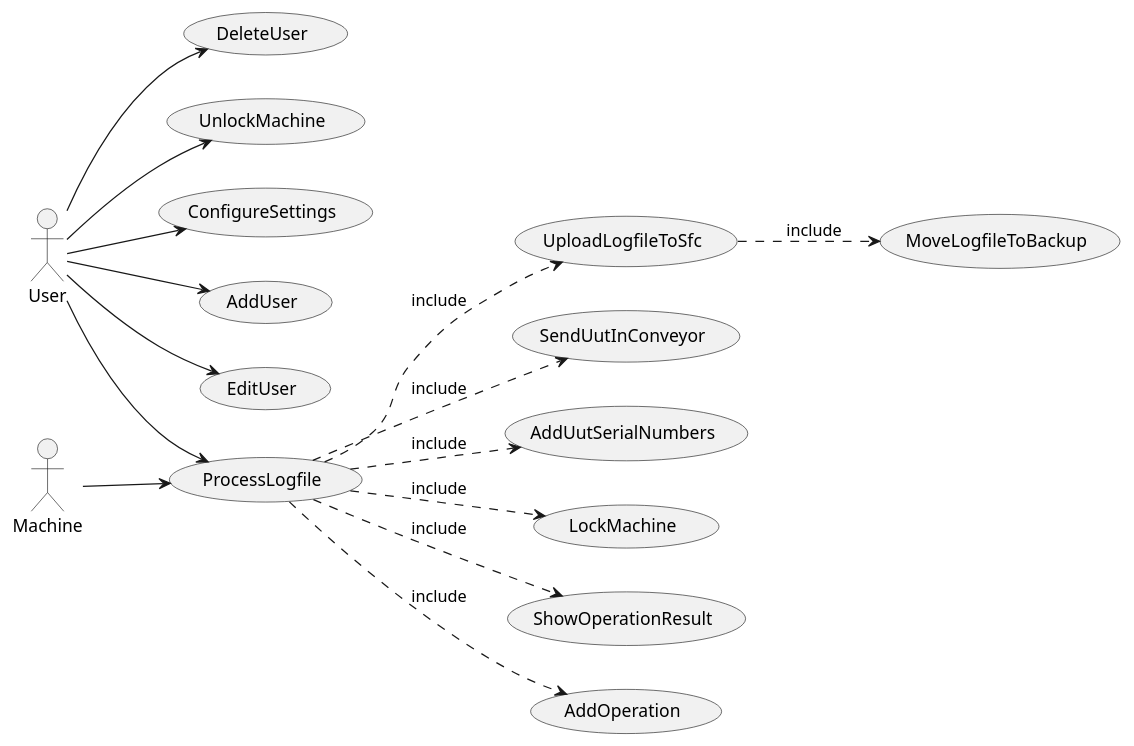
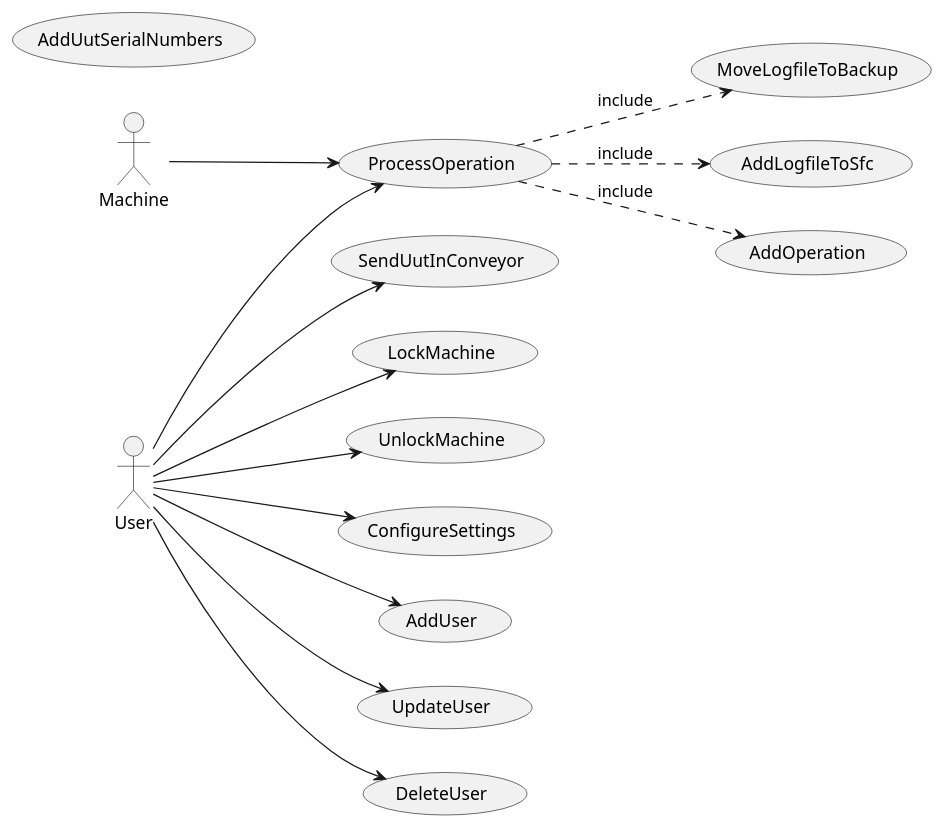
Before and after one commit to David1906/Hermes-4.0: the diagram in docs/hermesUseCases.puml, drawn with PlantUML. The commit also changed 37 other files, not shown here.

```diff
--- a/docs/hermesUseCases.puml
+++ b/docs/hermesUseCases.puml
@@ -1,31 +1,27 @@
 @startuml Use cases
 left to right direction
 
-usecase (ProcessLogfile)
+usecase (ProcessOperation)
 usecase (MoveLogfileToBackup)
-usecase (UploadLogfileToSfc)
+usecase (AddLogfileToSfc)
 usecase (SendUutInConveyor)
 usecase (AddUutSerialNumbers)
 usecase (LockMachine)
 usecase (UnlockMachine)
-usecase (ShowOperationResult)
 usecase (AddOperation)
 
-:User: --> (ProcessLogfile)
+:User: --> (ProcessOperation)
 :User: --> (UnlockMachine)
 :User: --> (ConfigureSettings)
 :User: --> (AddUser)
-:User: --> (EditUser)
+:User: --> (UpdateUser)
 :User: --> (DeleteUser)
+:User: --> (SendUutInConveyor)
+:User: --> (LockMachine)
 
-:Machine: --> (ProcessLogfile)
-(ProcessLogfile) ..> (UploadLogfileToSfc) : "include"
-(ProcessLogfile) ..> (SendUutInConveyor) : "include"
-(ProcessLogfile) ..> (AddUutSerialNumbers) : "include"
-(ProcessLogfile) ..> (LockMachine) : "include"
-(ProcessLogfile) ..> (ShowOperationResult) : "include"
-(ProcessLogfile) ..> (AddOperation) : "include"
-
-(UploadLogfileToSfc) ..> (MoveLogfileToBackup) : "include"
+:Machine: --> (ProcessOperation)
+(ProcessOperation) ..> (MoveLogfileToBackup) : "include"
+(ProcessOperation) ..> (AddLogfileToSfc) : "include"
+(ProcessOperation) ..> (AddOperation) : "include"
 
 @enduml
```
